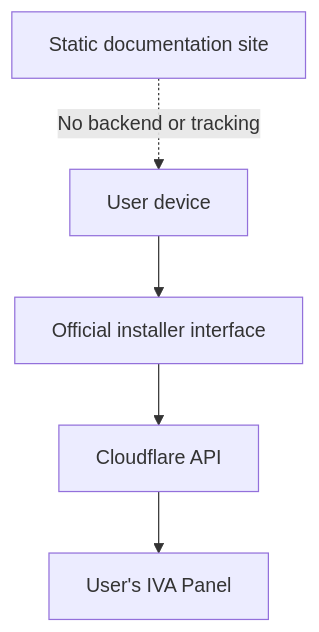
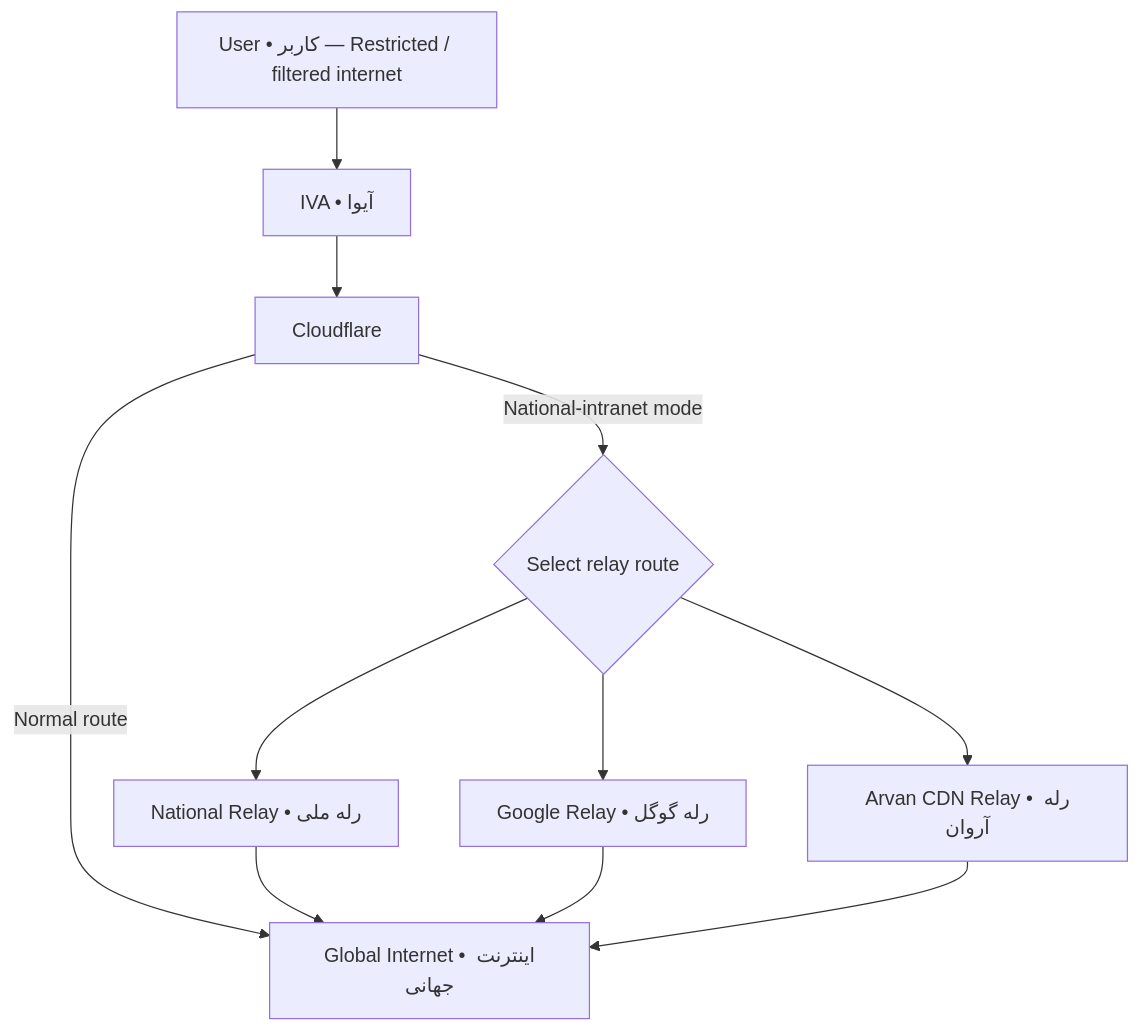
The diagram in wiki/Home.md (MR-SHARIFI-Dev/IVA-PANEL), drawn with Mermaid before and after one commit. The commit also changed other lines of this file and 1 other file, not shown here.

````diff
--- a/wiki/Home.md
+++ b/wiki/Home.md
@@ -46,7 +46,13 @@
 ```mermaid
 flowchart TD
-    U["User device"] --> I["Official installer interface"]
-    I --> C["Cloudflare API"]
-    C --> P["User's IVA Panel"]
-    D["Static documentation site"] -. "No backend or tracking" .-> U
+    U["User • کاربر — Restricted / filtered internet"] --> I["IVA • آیوا"]
+    I --> C["Cloudflare"]
+    C -->|"Normal route"| G["Global Internet • اینترنت جهانی"]
+    C -->|"National-intranet mode"| M{"Select relay route"}
+    M --> N["National Relay • رله ملی"]
+    M --> R["Google Relay • رله گوگل"]
+    M --> A["Arvan CDN Relay • رله آروان"]
+    N --> G
+    R --> G
+    A --> G
 ```
````
